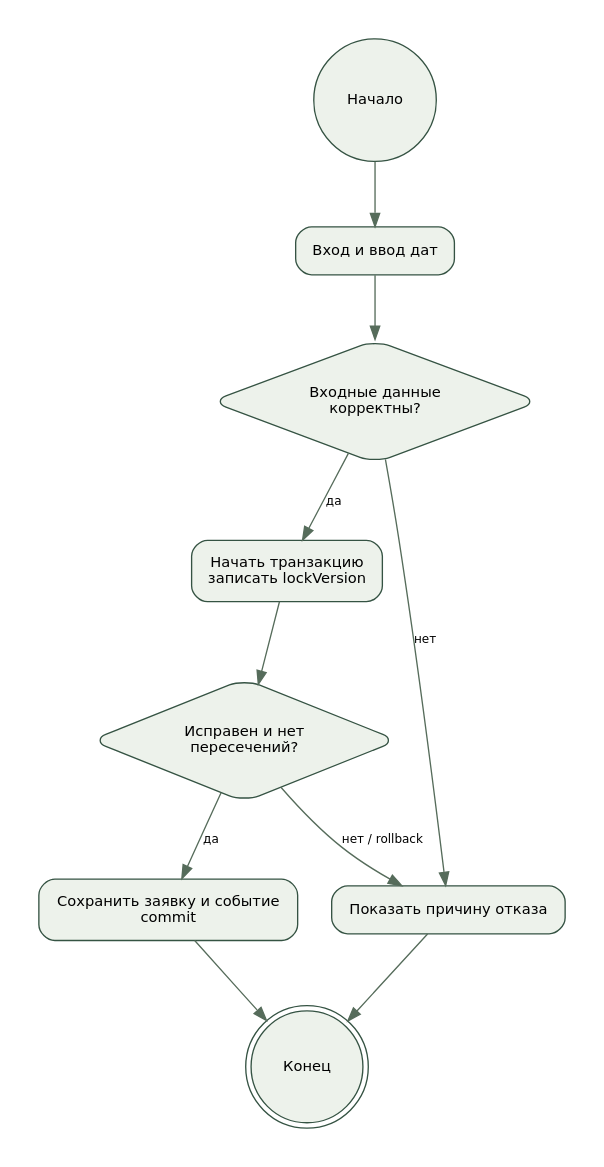
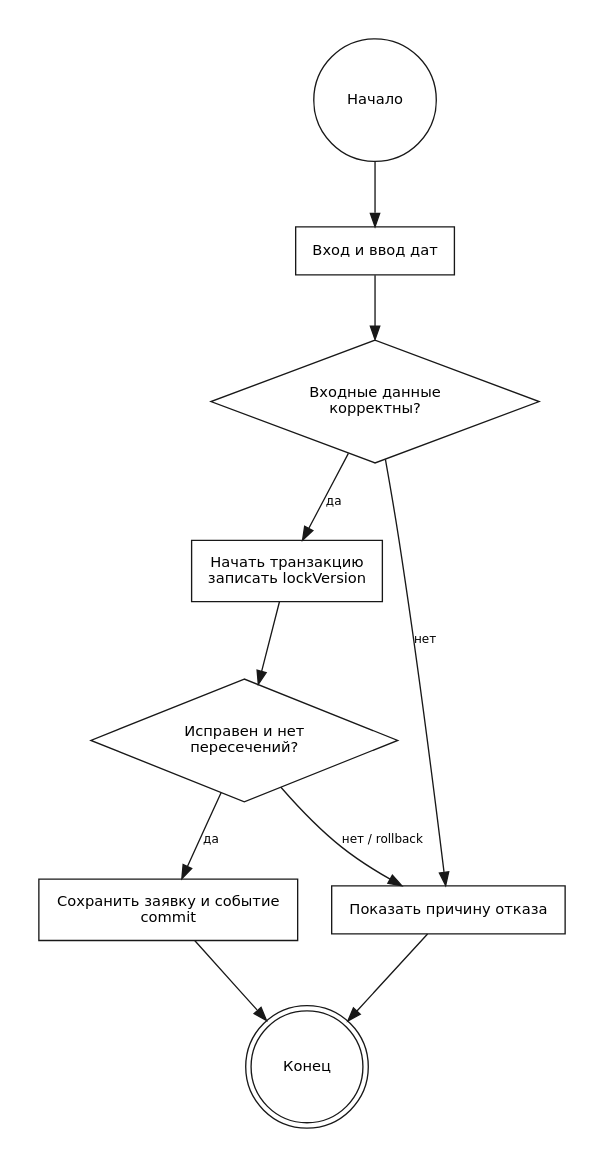
Before and after one commit to alexander2007B/cursovaya: the diagram in docs/diagrams/activity.dot, drawn with Graphviz. The commit also changed 52 other files, not shown here.

Commit message:
Restyle coursework diagrams and use plain hyphens

```diff
--- a/docs/diagrams/activity.dot
+++ b/docs/diagrams/activity.dot
@@ -1,5 +1,5 @@
-digraph G {graph [fontname="DejaVu Sans",bgcolor="white",pad="0.3",ranksep="0.65",nodesep="0.35"]; node [fontname="DejaVu Sans",fontsize=11,shape=box,style="rounded,filled",fillcolor="#edf2eb",color="#355343",margin="0.15"]; edge [fontname="DejaVu Sans",fontsize=9,color="#566c5b"];start[label="Начало",shape=circle,width=.3];auth[label="Вход и ввод дат"];valid[label="Входные данные
+digraph G {graph [fontname="DejaVu Sans",bgcolor="white",pad="0.3",ranksep="0.65",nodesep="0.35"]; node [fontname="DejaVu Sans",fontsize=11,shape=box,style="filled",fillcolor="white",color="#181818",margin="0.15"]; edge [fontname="DejaVu Sans",fontsize=9,color="#181818"];start[label="Начало",shape=circle,width=.3];auth[label="Вход и ввод дат"];valid[label="Входные данные
 корректны?",shape=diamond];tx[label="Начать транзакцию
 записать lockVersion"];free[label="Исправен и нет
 пересечений?",shape=diamond];save[label="Сохранить заявку и событие
 commit"];err[label="Показать причину отказа"];end[label="Конец",shape=doublecircle];start->auth;auth->valid;valid->tx[label="да"];valid->err[label="нет"];tx->free;free->save[label="да"];free->err[label="нет / rollback"];save->end;err->end;}
```
